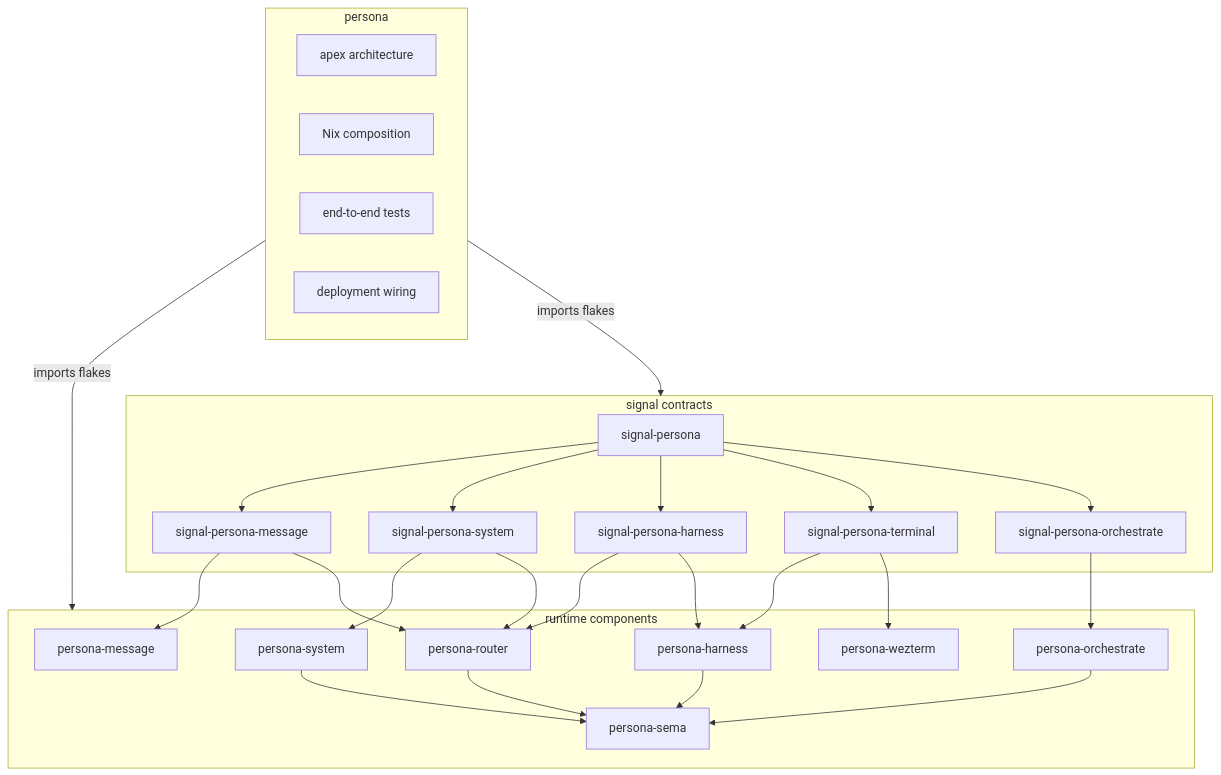
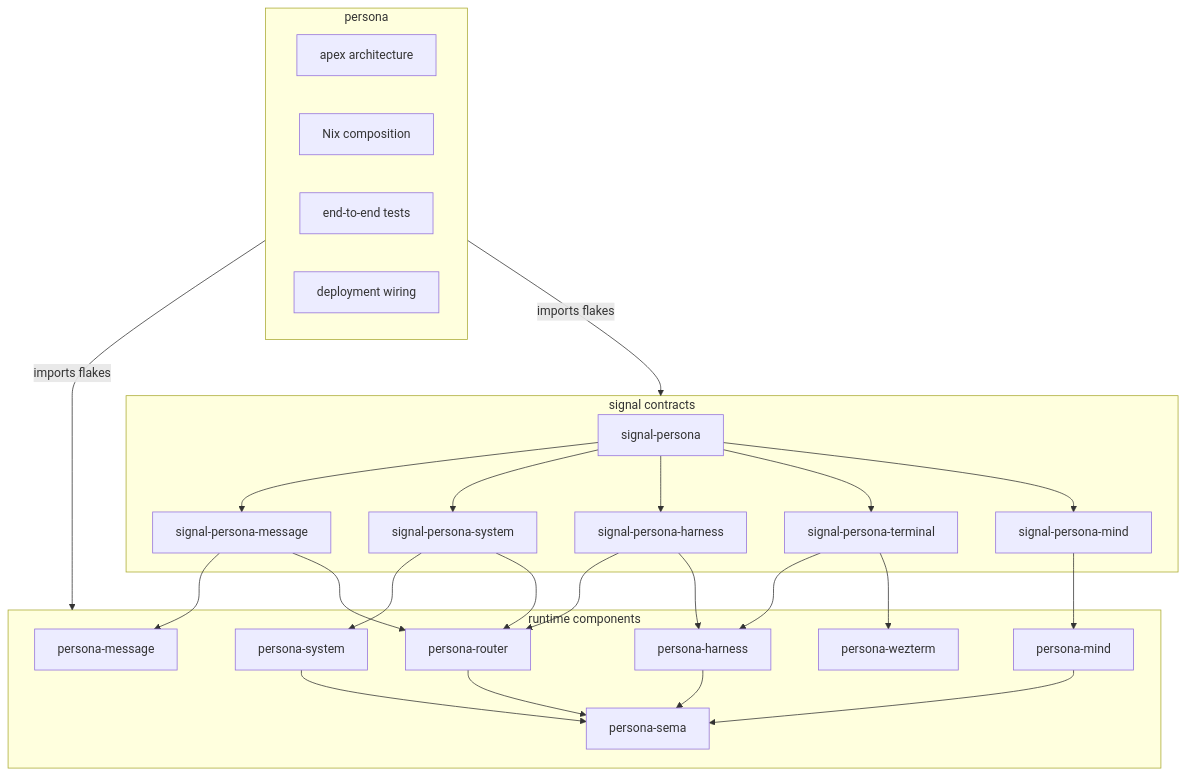
One commit to LiGoldragon/persona changed the first of 4 diagrams in ARCHITECTURE.md. Above: the diagram before and after it, drawn with Mermaid. The commit also changed other lines of this file and 4 other files, not shown here.

Commit message:
make persona-mind the apex central component

````diff
--- a/ARCHITECTURE.md
+++ b/ARCHITECTURE.md
@@ -32,52 +32,52 @@
 ```mermaid
 flowchart TB
     subgraph apex["persona"]
         architecture["apex architecture"]
         nix["Nix composition"]
         tests["end-to-end tests"]
         deployment["deployment wiring"]
     end
 
     subgraph contracts["signal contracts"]
         umbrella["signal-persona"]
         message_contract["signal-persona-message"]
         system_contract["signal-persona-system"]
         harness_contract["signal-persona-harness"]
         terminal_contract["signal-persona-terminal"]
-        orchestrate_contract["signal-persona-orchestrate"]
+        mind_contract["signal-persona-mind"]
     end
 
     subgraph runtime["runtime components"]
         message["persona-message"]
         router["persona-router"]
         sema["persona-sema"]
         system["persona-system"]
         harness["persona-harness"]
         wezterm["persona-wezterm"]
-        orchestrate["persona-orchestrate"]
+        mind["persona-mind"]
     end
 
     apex -->|imports flakes| runtime
     apex -->|imports flakes| contracts
 
     umbrella --> message_contract
     umbrella --> system_contract
     umbrella --> harness_contract
     umbrella --> terminal_contract
-    umbrella --> orchestrate_contract
+    umbrella --> mind_contract
 
     message_contract --> message
     message_contract --> router
     system_contract --> system
     system_contract --> router
     harness_contract --> router
     harness_contract --> harness
     terminal_contract --> harness
     terminal_contract --> wezterm
-    orchestrate_contract --> orchestrate
+    mind_contract --> mind
 
     router --> sema
-    orchestrate --> sema
+    mind --> sema
     harness --> sema
     system --> sema
 ```
````
